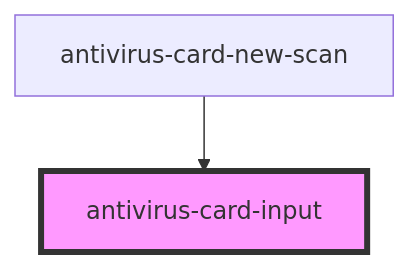
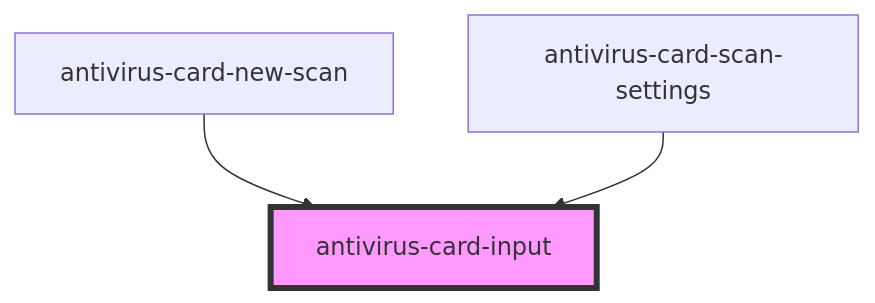
The diagram in client/packages/antivirus-card/src/components/input/readme.md (ispsystem/plugin-imunify), drawn with Mermaid before and after one commit. The commit also changed other lines of this file and 33 other files, not shown here.

First line of the commit message:
wip(antivirus-card): 🚧 setting-scan component

````diff
--- a/client/packages/antivirus-card/src/components/input/readme.md
+++ b/client/packages/antivirus-card/src/components/input/readme.md
@@ -34,5 +36,6 @@
 ```mermaid
 graph TD;
   antivirus-card-new-scan --> antivirus-card-input
+  antivirus-card-scan-settings --> antivirus-card-input
   style antivirus-card-input fill:#f9f,stroke:#333,stroke-width:4px
 ```
````
